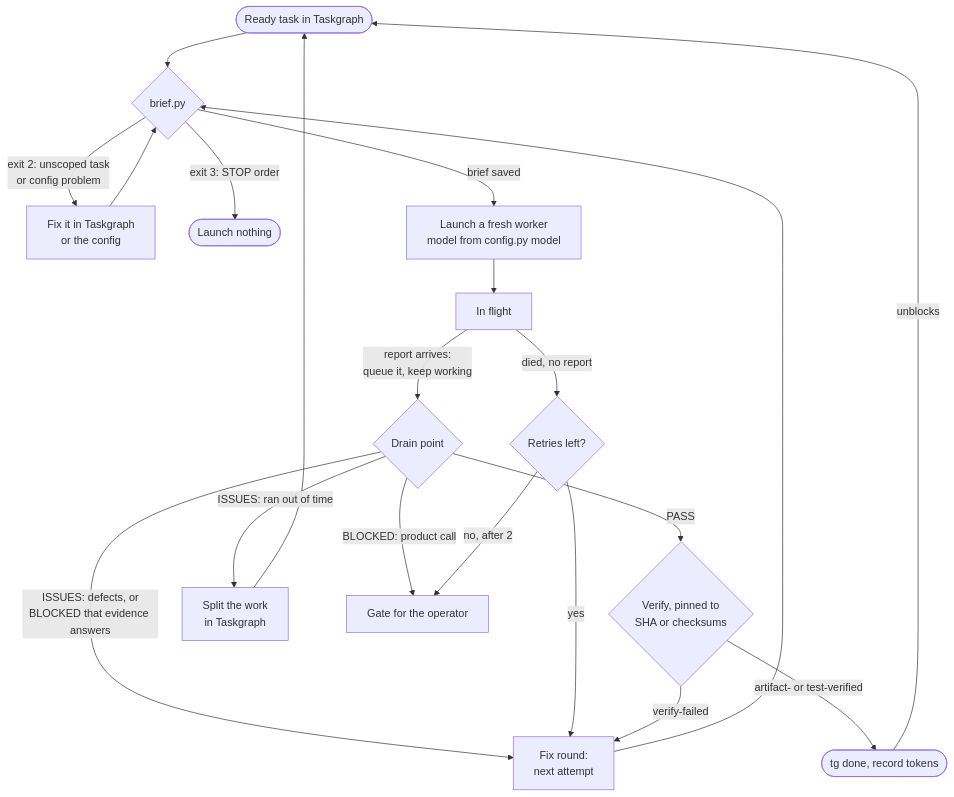
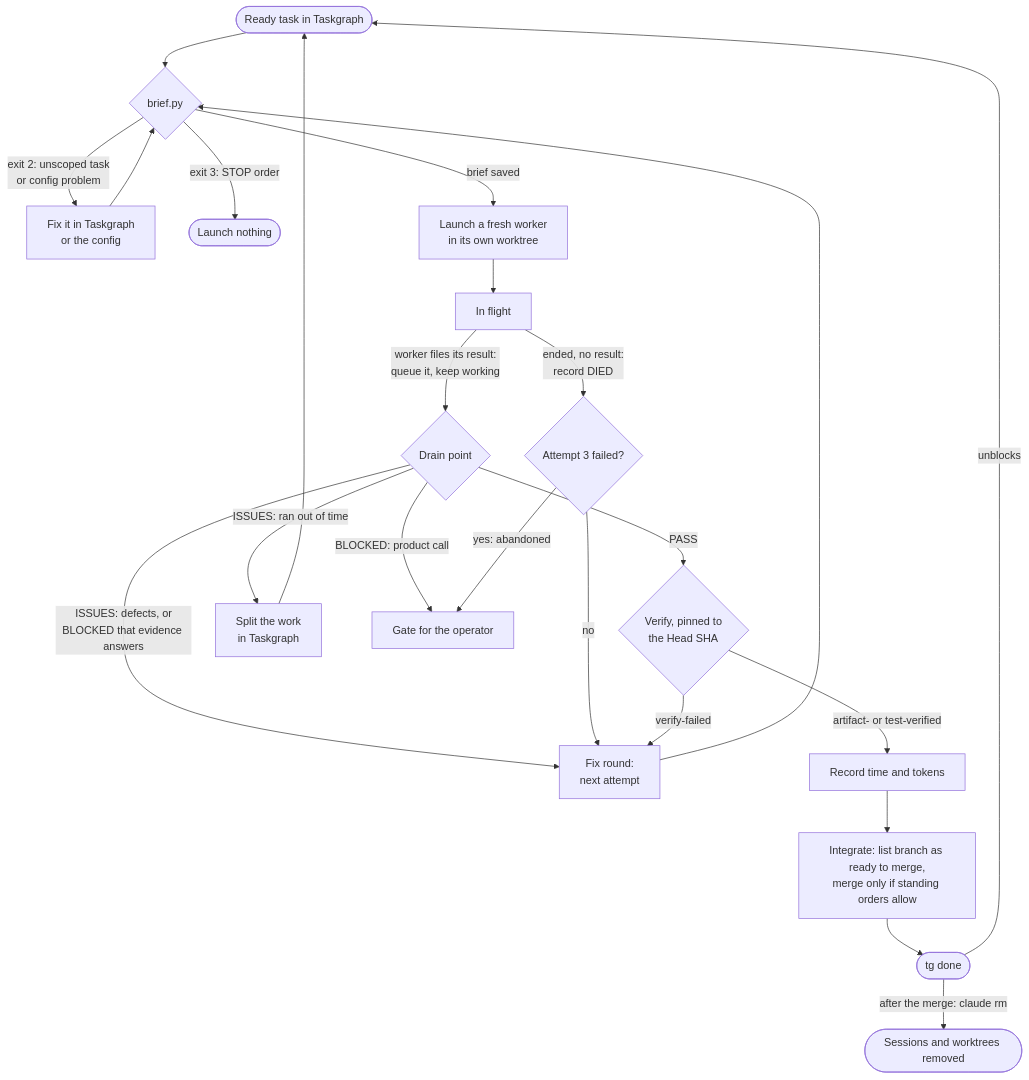
One commit to ronicayu/ronica-skills changed the diagram in plugins/agentic-team/assets/diagrams/lifecycle.mmd. Above: the diagram before and after it, drawn with Mermaid. The commit also changed 35 other files, not shown here.

First line of the commit message:
agentic-team: isolate workers in worktrees, report through tg result (#12)

```diff
--- a/plugins/agentic-team/assets/diagrams/lifecycle.mmd
+++ b/plugins/agentic-team/assets/diagrams/lifecycle.mmd
@@ -1,20 +1,23 @@
 flowchart TD
   READY([Ready task in Taskgraph]) --> RENDER{brief.py}
   RENDER -->|"exit 2: unscoped task<br/>or config problem"| FIX[Fix it in Taskgraph<br/>or the config]
   FIX --> RENDER
   RENDER -->|"exit 3: STOP order"| HALT([Launch nothing])
-  RENDER -->|"brief saved"| LAUNCH[Launch a fresh worker<br/>model from config.py model]
+  RENDER -->|"brief saved"| LAUNCH[Launch a fresh worker<br/>in its own worktree]
   LAUNCH --> FLIGHT[In flight]
-  FLIGHT -->|"report arrives:<br/>queue it, keep working"| DRAIN{Drain point}
-  FLIGHT -->|"died, no report"| RETRY{Retries left?}
-  DRAIN -->|"PASS"| VERIFY{Verify, pinned to<br/>SHA or checksums}
+  FLIGHT -->|"worker files its result:<br/>queue it, keep working"| DRAIN{Drain point}
+  FLIGHT -->|"ended, no result:<br/>record DIED"| RETRY{Attempt 3 failed?}
+  DRAIN -->|"PASS"| VERIFY{Verify, pinned to<br/>the Head SHA}
   DRAIN -->|"ISSUES: defects, or<br/>BLOCKED that evidence answers"| AGAIN[Fix round:<br/>next attempt]
   DRAIN -->|"ISSUES: ran out of time"| SPLIT[Split the work<br/>in Taskgraph]
   DRAIN -->|"BLOCKED: product call"| GATE[Gate for the operator]
-  RETRY -->|"yes"| AGAIN
-  RETRY -->|"no, after 2"| GATE
+  RETRY -->|"no"| AGAIN
+  RETRY -->|"yes: abandoned"| GATE
   VERIFY -->|"verify-failed"| AGAIN
-  VERIFY -->|"artifact- or test-verified"| DONE([tg done, record tokens])
+  VERIFY -->|"artifact- or test-verified"| TOKENS[Record time and tokens]
+  TOKENS --> MERGE[Integrate: list branch as ready to merge,<br/>merge only if standing orders allow]
+  MERGE --> DONE([tg done])
   AGAIN --> RENDER
   SPLIT --> READY
+  DONE -->|"after the merge: claude rm"| CLEAN([Sessions and worktrees removed])
   DONE -->|"unblocks"| READY
```
